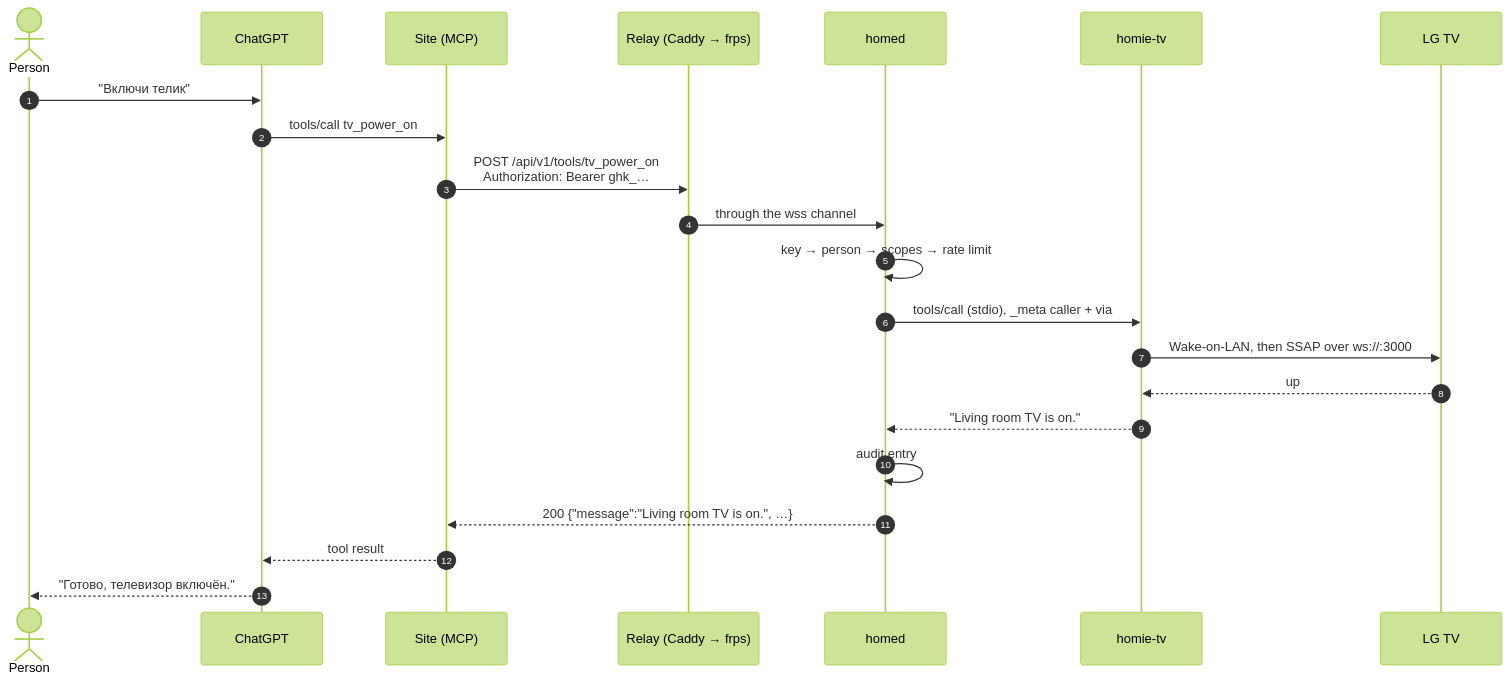
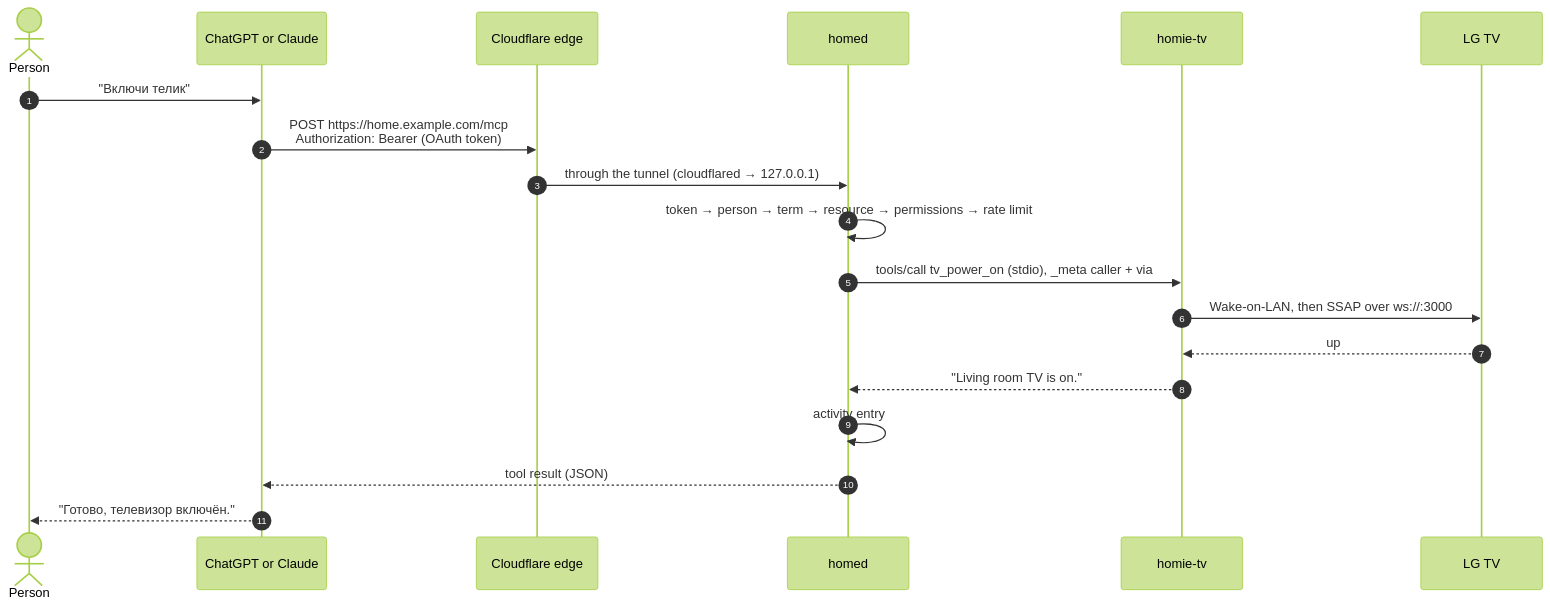
Before and after one commit to devXpro/homie: the second of 3 diagrams in docs/ARCHITECTURE.md, drawn with Mermaid (forest theme). The commit also changed other lines of this file and 30 other files, not shown here.

Commit message:
D1: docs for v0.2: Cloudflare Tunnel (own domain or a quick tunnel for trying) instead of the relay, the gatekeeper's parts, guests with devices and terms, co-owners, the admin API on /api/home, upgrading from v0.1, neutral screenshots; RELAY, INSTALL-SERVER and the v0.1 DESIGN are gone

````diff
--- a/docs/ARCHITECTURE.md
+++ b/docs/ARCHITECTURE.md
@@ -52,24 +77,21 @@
 ```mermaid
 sequenceDiagram
     autonumber
     actor P as Person
-    participant G as ChatGPT
-    participant S as Site (MCP)
-    participant R as Relay (Caddy → frps)
+    participant A as ChatGPT or Claude
+    participant E as Cloudflare edge
     participant H as homed
     participant T as homie-tv
     participant TV as LG TV
-    P->>G: "Включи телик"
-    G->>S: tools/call tv_power_on
-    S->>R: POST /api/v1/tools/tv_power_on<br/>Authorization: Bearer ghk_…
-    R->>H: through the wss channel
-    H->>H: key → person → scopes → rate limit
-    H->>T: tools/call (stdio), _meta caller + via
+    P->>A: "Включи телик"
+    A->>E: POST https://home.example.com/mcp<br/>Authorization: Bearer (OAuth token)
+    E->>H: through the tunnel (cloudflared → 127.0.0.1)
+    H->>H: token → person → term → resource → permissions → rate limit
+    H->>T: tools/call tv_power_on (stdio), _meta caller + via
     T->>TV: Wake-on-LAN, then SSAP over ws://:3000
     TV-->>T: up
     T-->>H: "Living room TV is on."
-    H->>H: audit entry
-    H-->>S: 200 {"message":"Living room TV is on.", …}
-    S-->>G: tool result
-    G-->>P: "Готово, телевизор включён."
+    H->>H: activity entry
+    H-->>A: tool result (JSON)
+    A-->>P: "Готово, телевизор включён."
 ```
````
